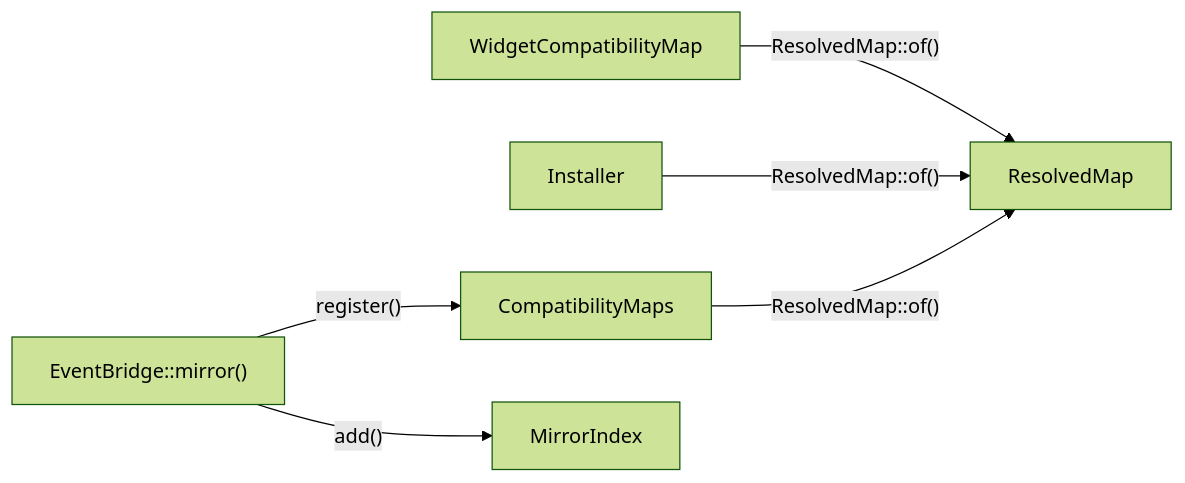
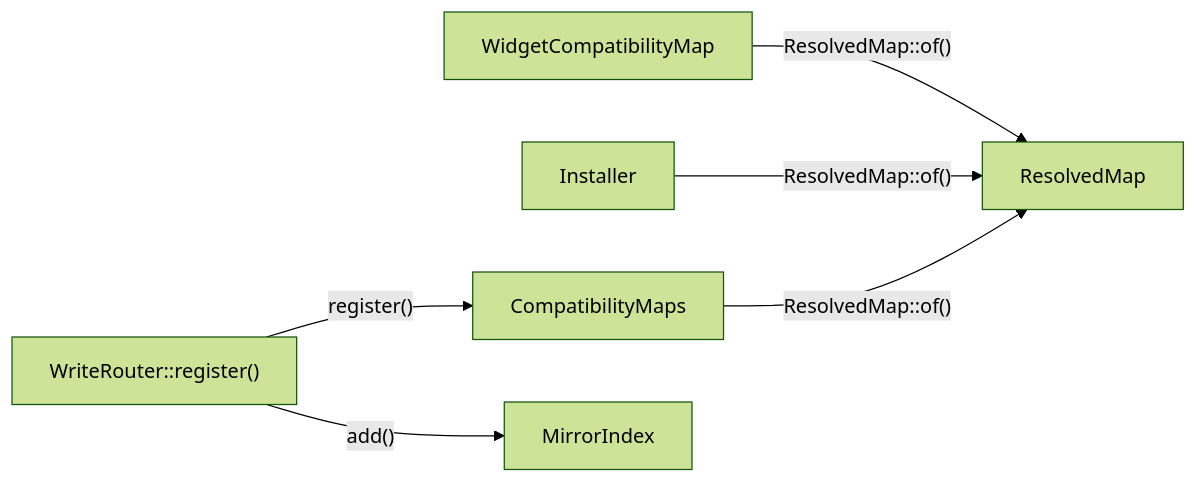
Before and after one commit to AryeoHQ/eloquent-compatibility: the diagram in docs/flows/declaring-and-registering-a-map.md, drawn with Mermaid (forest theme). The commit also changed other lines of this file and 35 other files, not shown here.

First line of the commit message:
docs(compatibility): document the write router and the trigger-free schema

````diff
--- a/docs/flows/declaring-and-registering-a-map.md
+++ b/docs/flows/declaring-and-registering-a-map.md
@@ -5,8 +5,8 @@
 ```mermaid
 flowchart LR
   Map["WidgetCompatibilityMap"] -->|"ResolvedMap::of()"| Resolved["ResolvedMap"]
   Installer -->|"ResolvedMap::of()"| Resolved
-  Mirror["EventBridge::mirror()"] -->|"register()"| Registry["CompatibilityMaps"]
+  Router["WriteRouter::register()"] -->|"register()"| Registry["CompatibilityMaps"]
   Registry -->|"ResolvedMap::of()"| Resolved
-  Mirror -->|"add()"| Index["MirrorIndex"]
+  Router -->|"add()"| Index["MirrorIndex"]
 ```
````
